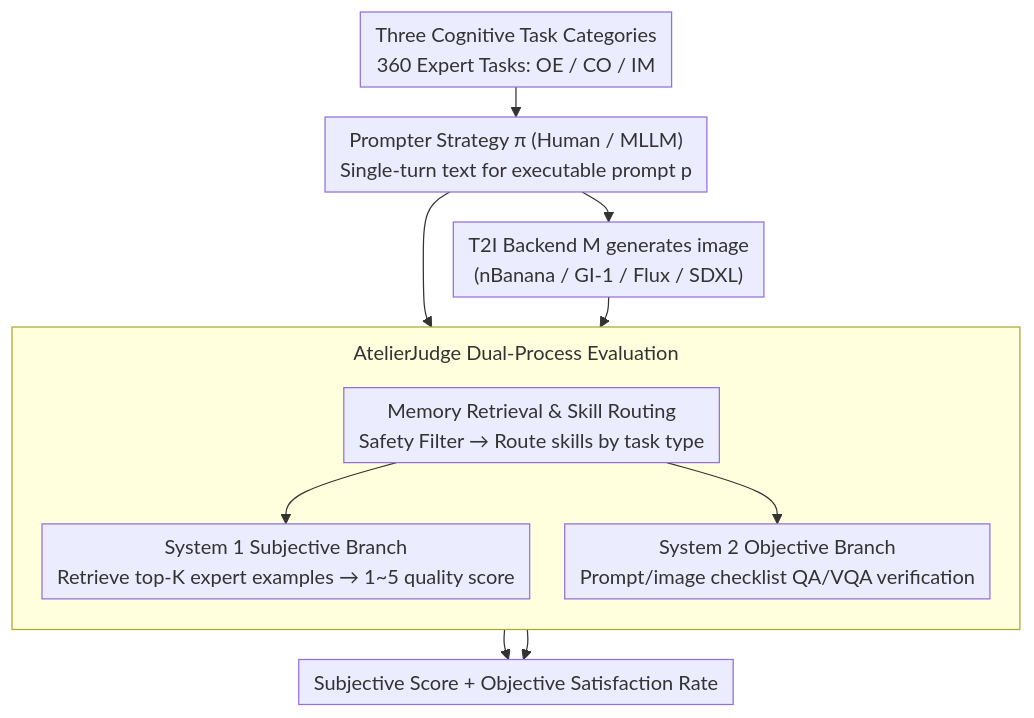
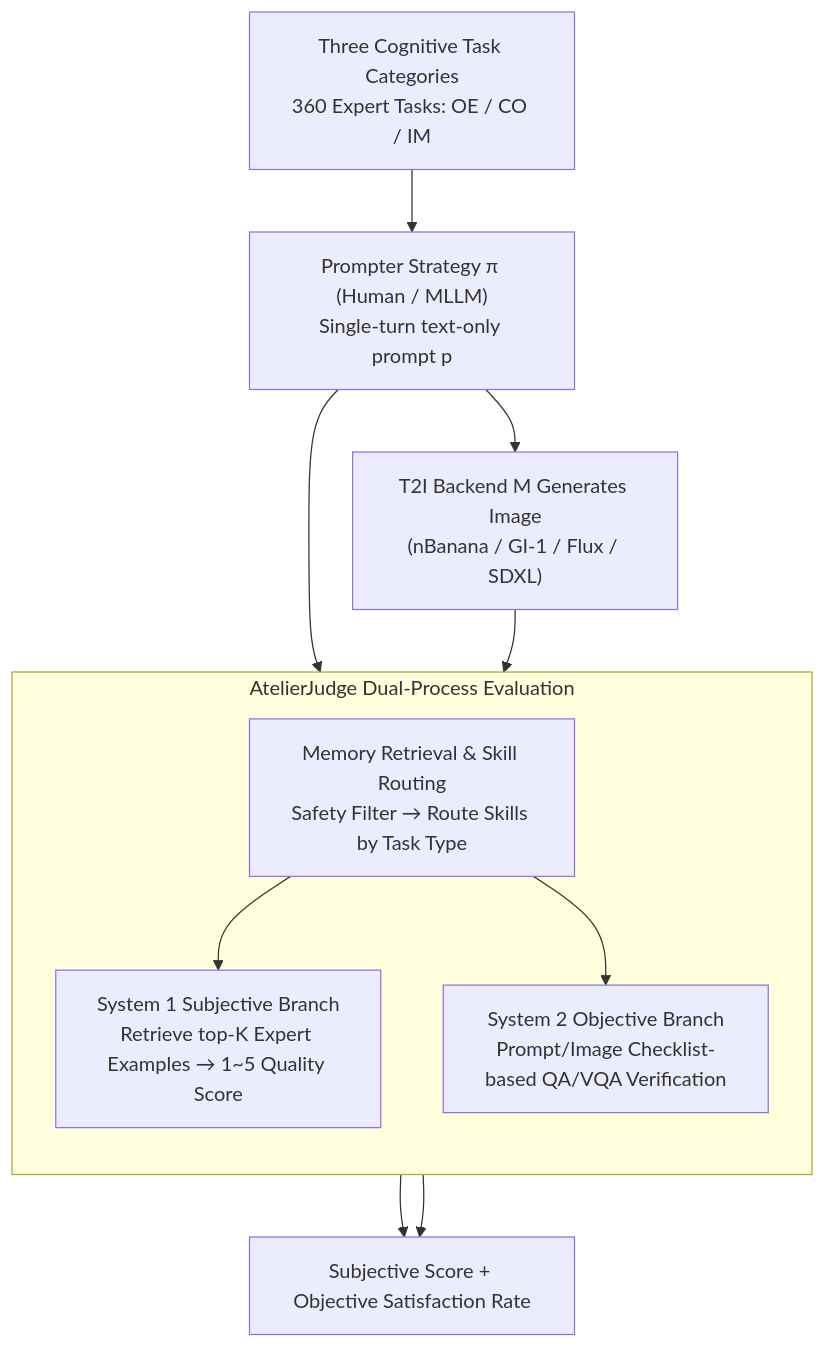
One commit to zhaoyang97/Paper-Notes-en changed the diagram in docs/ICML2026/image_generation/ateliereval_agentic_evaluation_of_humans_llms_as_text-to-image_prompters.md. Above: the diagram before and after it, drawn with Mermaid. The commit also changed other lines of this file and 5084 other files, not shown here.

````diff
--- a/docs/ICML2026/image_generation/ateliereval_agentic_evaluation_of_humans_llms_as_text-to-image_prompters.md
+++ b/docs/ICML2026/image_generation/ateliereval_agentic_evaluation_of_humans_llms_as_text-to-image_prompters.md
@@ -48,16 +48,15 @@
 ```mermaid
-%%{init: {'flowchart': {'rankSpacing': 24, 'nodeSpacing': 28, 'padding': 6, 'wrappingWidth': 400, 'subGraphTitleMargin': {'top': 8, 'bottom': 16}}}}%%
-flowchart TD
-    A["Three Cognitive Task Categories<br/>360 Expert Tasks: OE / CO / IM"] --> B["Prompter Strategy π (Human / MLLM)<br/>Single-turn text for executable prompt p"]
-    B --> C["T2I Backend M generates image<br/>(nBanana / GI-1 / Flux / SDXL)"]
+graph TD
+    A["Three Cognitive Task Categories<br/>360 Expert Tasks: OE / CO / IM"] --> B["Prompter Strategy π (Human / MLLM)<br/>Single-turn text-only prompt p"]
+    B --> C["T2I Backend M Generates Image<br/>(nBanana / GI-1 / Flux / SDXL)"]
     B --> D
     C --> D
     subgraph J["AtelierJudge Dual-Process Evaluation"]
         direction TB
-        D["Memory Retrieval & Skill Routing<br/>Safety Filter → Route skills by task type"]
-        D --> E["System 1 Subjective Branch<br/>Retrieve top-K expert examples → 1~5 quality score"]
-        D --> F["System 2 Objective Branch<br/>Prompt/image checklist QA/VQA verification"]
+        D["Memory Retrieval & Skill Routing<br/>Safety Filter → Route Skills by Task Type"]
+        D --> E["System 1 Subjective Branch<br/>Retrieve top-K Expert Examples → 1~5 Quality Score"]
+        D --> F["System 2 Objective Branch<br/>Prompt/Image Checklist-based QA/VQA Verification"]
     end
     E --> G["Subjective Score + Objective Satisfaction Rate"]
     F --> G
 ```
````
